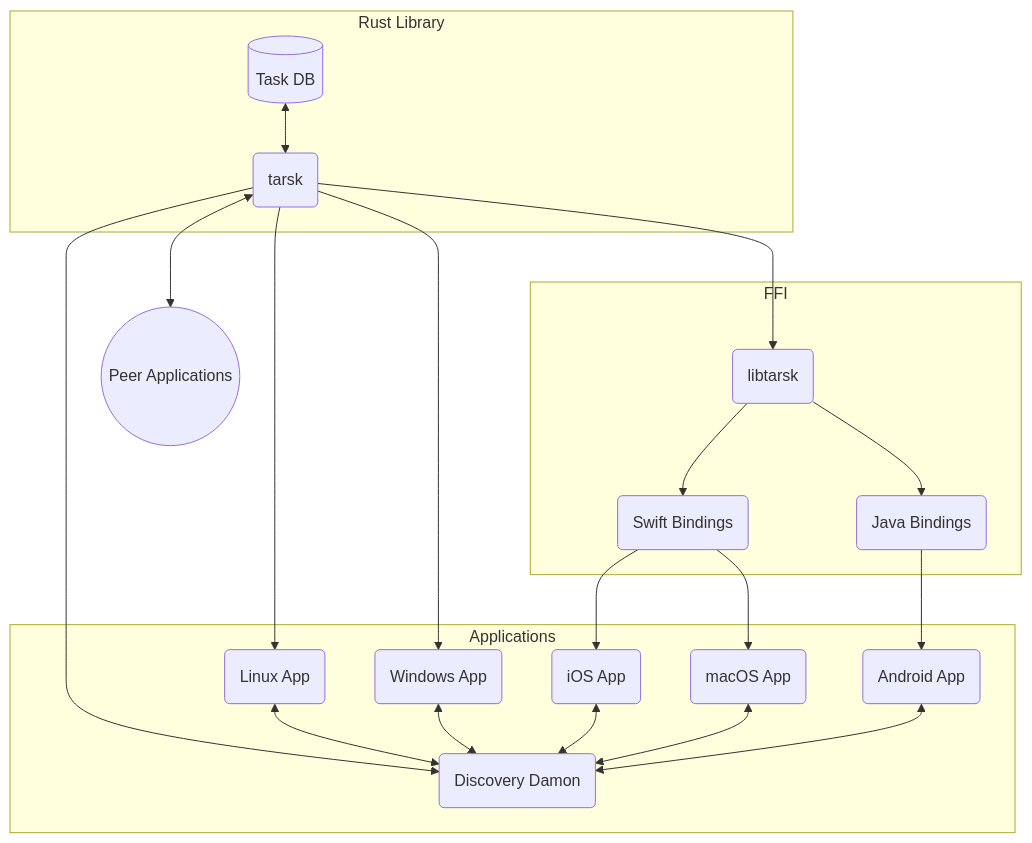
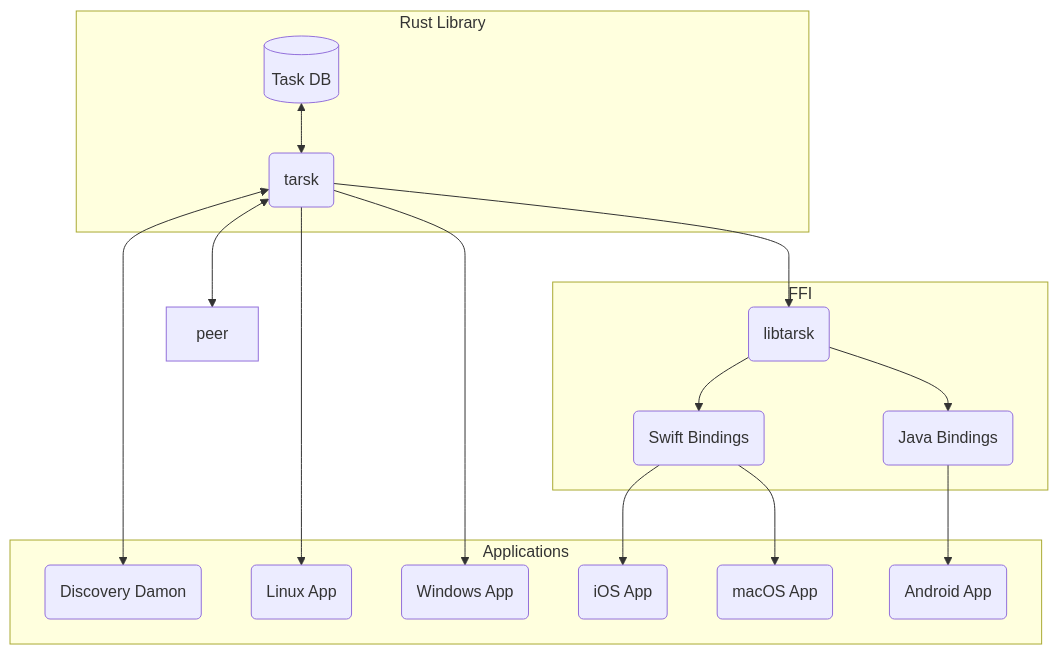
The diagram in README.md (crockeo/tarsk), drawn with Mermaid before and after one commit.

````diff
--- a/README.md
+++ b/README.md
@@ -91,37 +91,30 @@
 ```mermaid
 flowchart
     tarsk <--> peer
-    peer((Peer Applications))
 
     subgraph Rust Library
         db[(Task DB)]
 
         tarsk(tarsk)
 
         db <--> tarsk
     end
 
     subgraph FFI
         tarsk --> libtarsk(libtarsk)
         libtarsk --> bindings_swift(Swift Bindings)
         libtarsk --> bindings_java(Java Bindings)
     end
 
     subgraph Applications
-        tarsk --> daemon(Discovery Damon)
+        tarsk <--> daemon(Discovery Damon)
 
         tarsk --> app_linux(Linux App)
         tarsk --> app_windows(Windows App)
 
         bindings_swift --> app_ios(iOS App)
         bindings_swift --> app_macos(macOS App)
 
         bindings_java --> app_android(Android App)
-
-        app_linux <--> daemon
-        app_windows <--> daemon
-        app_ios <--> daemon
-        app_macos <--> daemon
-        app_android <--> daemon
     end
 ```
````
